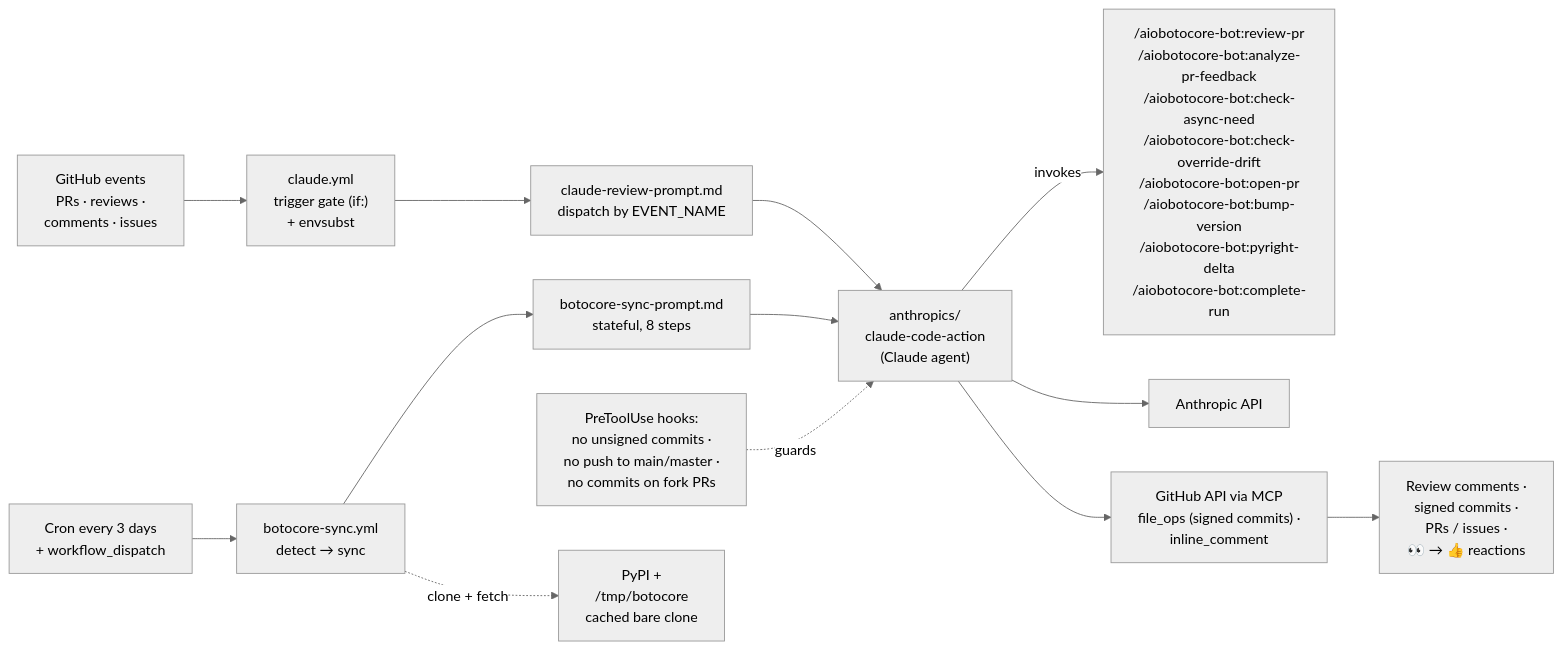
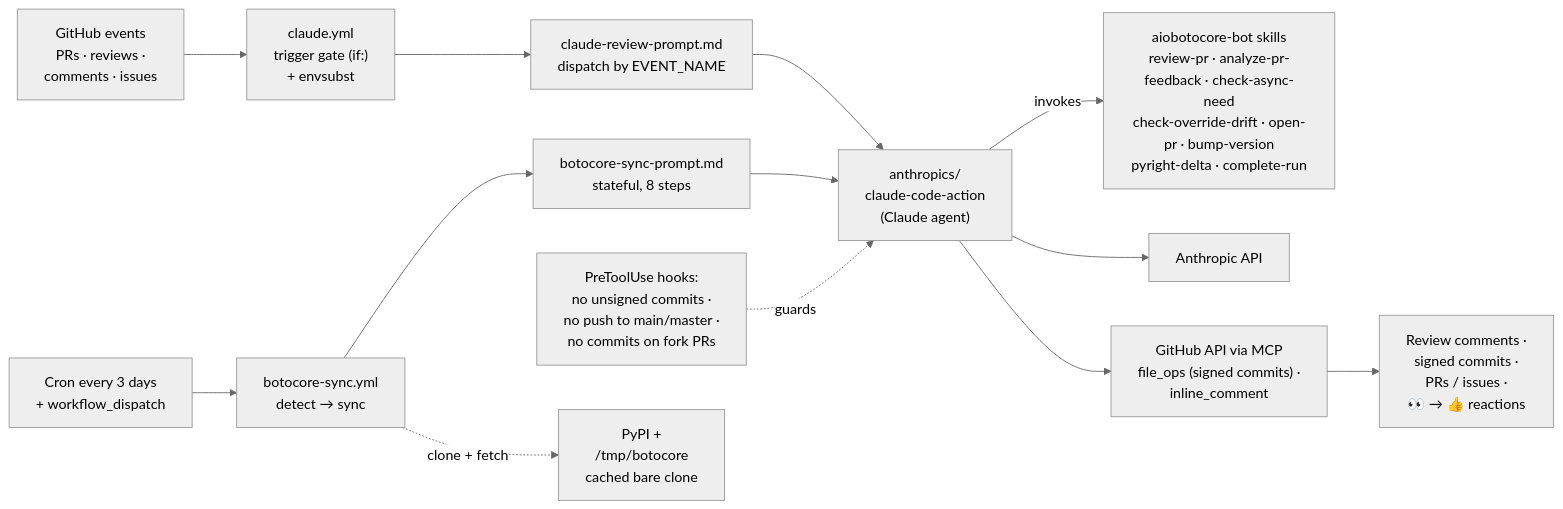
One commit to aio-libs/aiobotocore changed the first of 2 diagrams in docs/ai-workflows.md. Above: the diagram before and after it, drawn with Mermaid (neutral theme). The commit also changed other lines of this file and 19 other files, not shown here.

````diff
--- a/docs/ai-workflows.md
+++ b/docs/ai-workflows.md
@@ -48,23 +48,23 @@
 ```mermaid
 flowchart LR
     events["GitHub events<br/>PRs · reviews ·<br/>comments · issues"]
     cron["Cron every 3 days<br/>+ workflow_dispatch"]
 
     events --> claude["claude.yml<br/>trigger gate (if:)<br/>+ envsubst"]
     cron --> sync["botocore-sync.yml<br/>detect → sync"]
 
     claude --> reviewPrompt["claude-review-prompt.md<br/>dispatch by EVENT_NAME"]
     sync --> syncPrompt["botocore-sync-prompt.md<br/>stateful, 8 steps"]
 
     reviewPrompt --> action["anthropics/<br/>claude-code-action<br/>(Claude agent)"]
     syncPrompt --> action
 
-    action -->|invokes| commands["/aiobotocore-bot:review-pr<br/>/aiobotocore-bot:analyze-pr-feedback<br/>/aiobotocore-bot:check-async-need<br/>/aiobotocore-bot:check-override-drift<br/>/aiobotocore-bot:open-pr<br/>/aiobotocore-bot:bump-version<br/>/aiobotocore-bot:pyright-delta<br/>/aiobotocore-bot:complete-run"]
+    action -->|invokes| skills["aiobotocore-bot skills<br/>review-pr · analyze-pr-feedback · check-async-need<br/>check-override-drift · open-pr · bump-version<br/>pyright-delta · complete-run"]
     hooks["PreToolUse hooks:<br/>no unsigned commits ·<br/>no push to main/master ·<br/>no commits on fork PRs"] -.guards.-> action
 
     action --> anthropic["Anthropic API"]
     action --> ghMCP["GitHub API via MCP<br/>file_ops (signed commits) ·<br/>inline_comment"]
     sync -.clone + fetch.-> botoMirror["PyPI +<br/>/tmp/botocore<br/>cached bare clone"]
 
     ghMCP --> outputs["Review comments ·<br/>signed commits ·<br/>PRs / issues ·<br/>👀 → 👍 reactions"]
 ```
````
